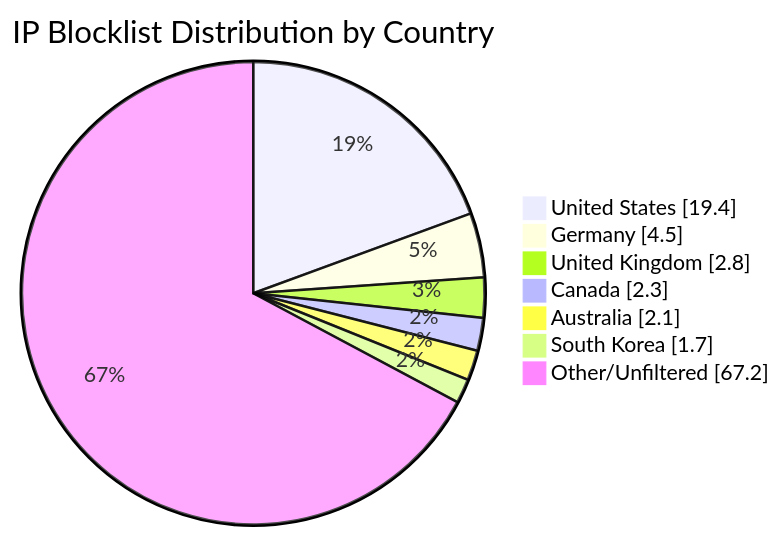
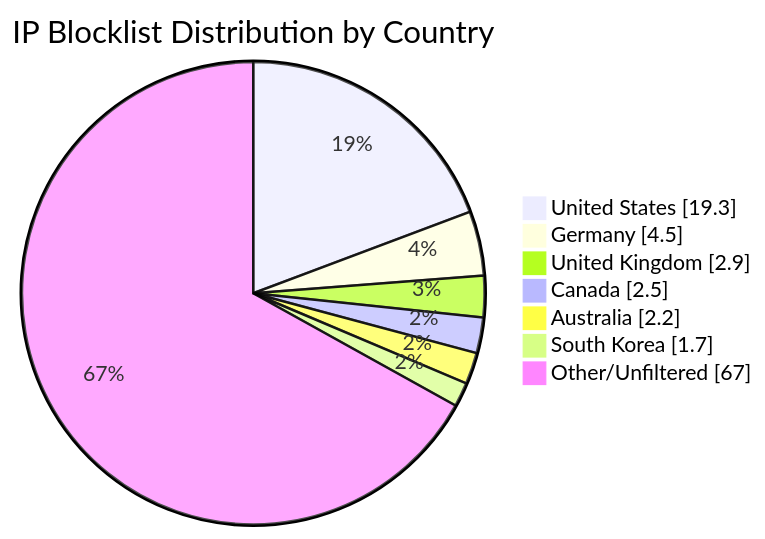
One commit to MarcusHoltz/ipblocklist-geofiltered-aggregator changed the diagram in README.md. Above: the diagram before and after it, drawn with Mermaid. The commit also changed other lines of this file and 9 other files, not shown here.

````diff
--- a/README.md
+++ b/README.md
@@ -34,10 +34,10 @@
 ```mermaid
 pie showData title IP Blocklist Distribution by Country
-"United States" : 19.4
+"United States" : 19.3
 "Germany" : 4.5
-"United Kingdom" : 2.8
-"Canada" : 2.3
-"Australia" : 2.1
+"United Kingdom" : 2.9
+"Canada" : 2.5
+"Australia" : 2.2
 "South Korea" : 1.7
-"Other/Unfiltered" : 67.2
+"Other/Unfiltered" : 67.0
 ```
````
